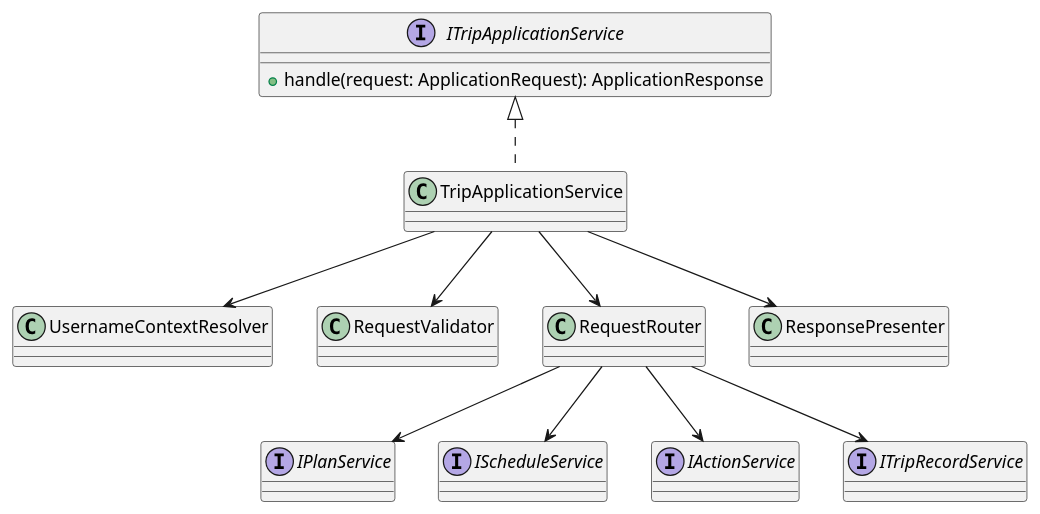
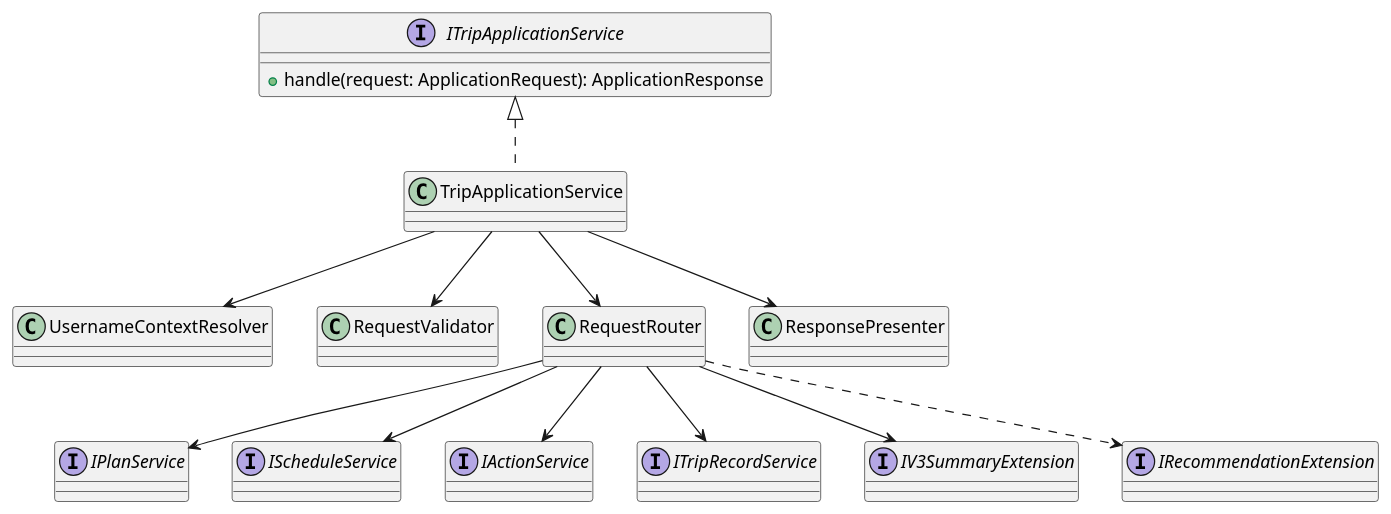
One commit to lucky-chen/ai_workflow_travel changed the first of 2 diagrams in user_projects/TravelAi/sdlc/docs/module_design/trip_application_service.md. Above: the diagram before and after it, drawn with PlantUML. The commit also changed other lines of this file and 1 other file, not shown here.

````diff
--- a/user_projects/TravelAi/sdlc/docs/module_design/trip_application_service.md
+++ b/user_projects/TravelAi/sdlc/docs/module_design/trip_application_service.md
@@ -137,29 +139,33 @@
 ```plantuml
 @startuml
 interface ITripApplicationService {
   +handle(request: ApplicationRequest): ApplicationResponse
 }
 
 class TripApplicationService
 class UsernameContextResolver
 class RequestValidator
 class RequestRouter
 class ResponsePresenter
 
 interface IPlanService
 interface IScheduleService
 interface IActionService
 interface ITripRecordService
+interface IV3SummaryExtension
+interface IRecommendationExtension
 
 ITripApplicationService <|.. TripApplicationService
 TripApplicationService --> UsernameContextResolver
 TripApplicationService --> RequestValidator
 TripApplicationService --> RequestRouter
 TripApplicationService --> ResponsePresenter
 
 RequestRouter --> IPlanService
 RequestRouter --> IScheduleService
 RequestRouter --> IActionService
 RequestRouter --> ITripRecordService
+RequestRouter --> IV3SummaryExtension
+RequestRouter ..> IRecommendationExtension
 @enduml
 ```
````
